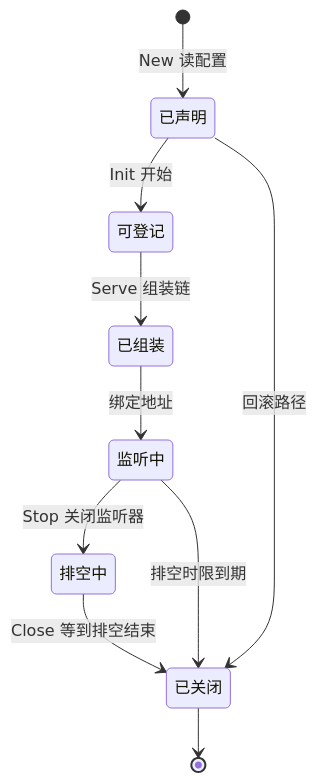
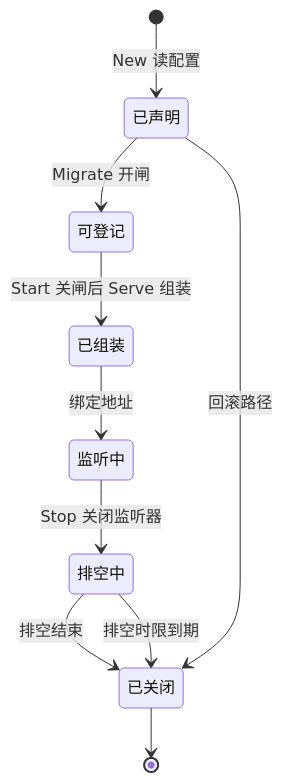
Before and after one commit to vislake/speed: the third of 3 diagrams in docs/design/modules/design-http.md, drawn with Mermaid. The commit also changed other lines of this file and 1 other file, not shown here.

````diff
--- a/docs/design/modules/design-http.md
+++ b/docs/design/modules/design-http.md
@@ -213,12 +258,12 @@
 ```mermaid
 stateDiagram-v2
     [*] --> 已声明 : New 读配置
-    已声明 --> 可登记 : Init 开始
-    可登记 --> 已组装 : Serve 组装链
+    已声明 --> 可登记 : Migrate 开闸
+    可登记 --> 已组装 : Start 关闸后 Serve 组装
     已组装 --> 监听中 : 绑定地址
     监听中 --> 排空中 : Stop 关闭监听器
-    排空中 --> 已关闭 : Close 等到排空结束
+    排空中 --> 已关闭 : 排空结束
+    排空中 --> 已关闭 : 排空时限到期
     已声明 --> 已关闭 : 回滚路径
-    监听中 --> 已关闭 : 排空时限到期
     已关闭 --> [*]
 ```
````
